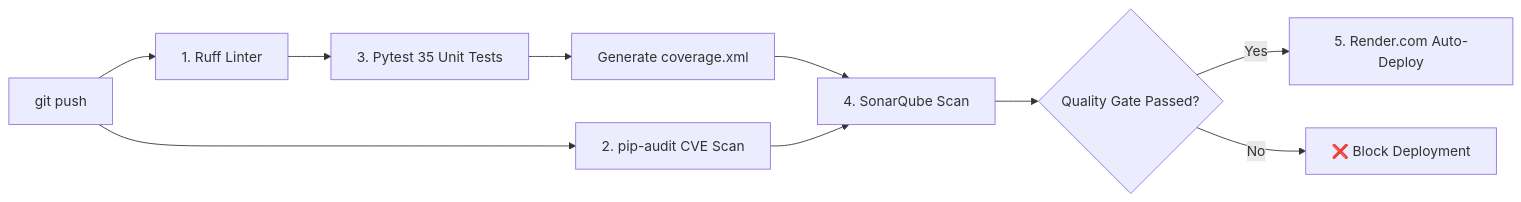
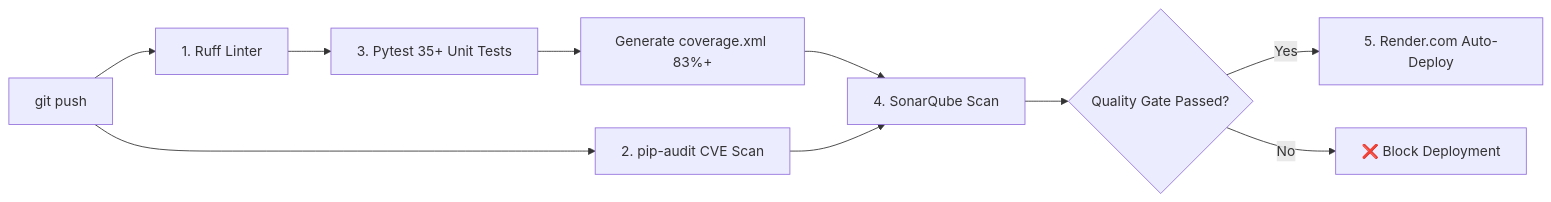
Before and after one commit to VinhTung1410/Stock-AI: the fourth of 4 diagrams in README.md, drawn with Mermaid. The commit also changed other lines of this file and 14 other files, not shown here.

Commit message:
feat(quant): v4.5 Regime-First Alignment, Macro Circuit Breaker, Smart Money Flow & Drawdown Sizing (TASK-0006)

````diff
--- a/README.md
+++ b/README.md
@@ -229,12 +229,12 @@
 ```mermaid
 graph LR
     Push[git push] --> Lint[1. Ruff Linter]
     Push --> SecAudit[2. pip-audit CVE Scan]
-    Lint --> Test[3. Pytest 35 Unit Tests]
-    Test --> Coverage[Generate coverage.xml]
+    Lint --> Test[3. Pytest 35+ Unit Tests]
+    Test --> Coverage[Generate coverage.xml 83%+]
     Coverage --> Sonar[4. SonarQube Scan]
     SecAudit --> Sonar
     Sonar --> Gate{Quality Gate Passed?}
     Gate -->|Yes| Deploy[5. Render.com Auto-Deploy]
     Gate -->|No| Reject[❌ Block Deployment]
 ```
````
